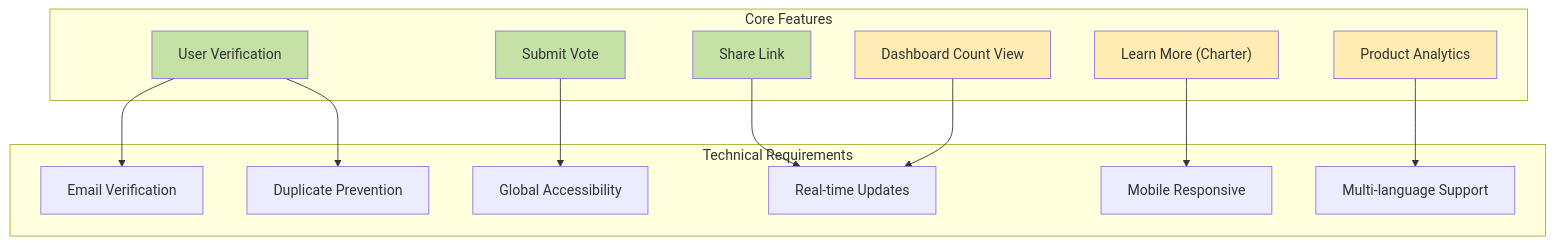
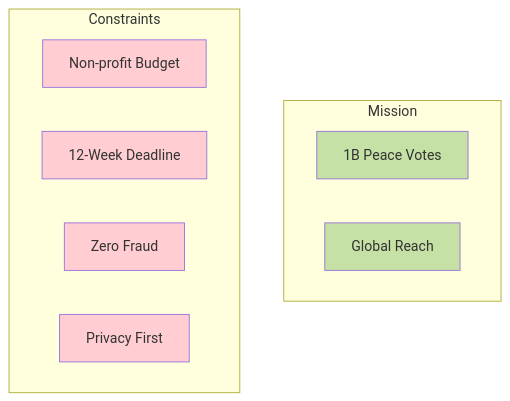
Before and after one commit to keolo/keolo-com: the first of 3 diagrams in content/projects/global-peace-yes.md, drawn with Mermaid. The commit also changed other lines of this file and 2 other files, not shown here.

````diff
--- a/content/projects/global-peace-yes.md
+++ b/content/projects/global-peace-yes.md
@@ -208,35 +83,19 @@
 ```mermaid
 graph TB
-    subgraph "Core Features"
-        A[User Verification] 
-        B[Submit Vote]
-        C[Share Link]
-        D["Learn More (Charter)"]
-        E[Dashboard Count View]
-        F[Product Analytics]
-    end
-    
-    subgraph "Technical Requirements"
-        G[Email Verification]
-        H[Duplicate Prevention]
-        I[Global Accessibility]
-        J[Real-time Updates]
-        K[Mobile Responsive]
-        L[Multi-language Support]
-    end
-    
-    A --> G
-    A --> H
-    B --> I
-    C --> J
-    D --> K
-    E --> J
-    F --> L
-    
-    style A fill:#c5e1a5
-    style B fill:#c5e1a5
-    style C fill:#c5e1a5
-    style D fill:#ffecb3
-    style E fill:#ffecb3
-    style F fill:#ffecb3
+  subgraph "Mission"
+    A1[1B Peace Votes]
+    A2[Global Reach]
+  end
+  subgraph "Constraints"
+    B1[Non-profit Budget]
+    B2[12-Week Deadline]
+    B3[Zero Fraud]
+    B4[Privacy First]
+  end
+  style B1 fill:#ffcdd2
+  style B2 fill:#ffcdd2
+  style B3 fill:#ffcdd2
+  style B4 fill:#ffcdd2
+  style A1 fill:#c5e1a5
+  style A2 fill:#c5e1a5
 ```
````
